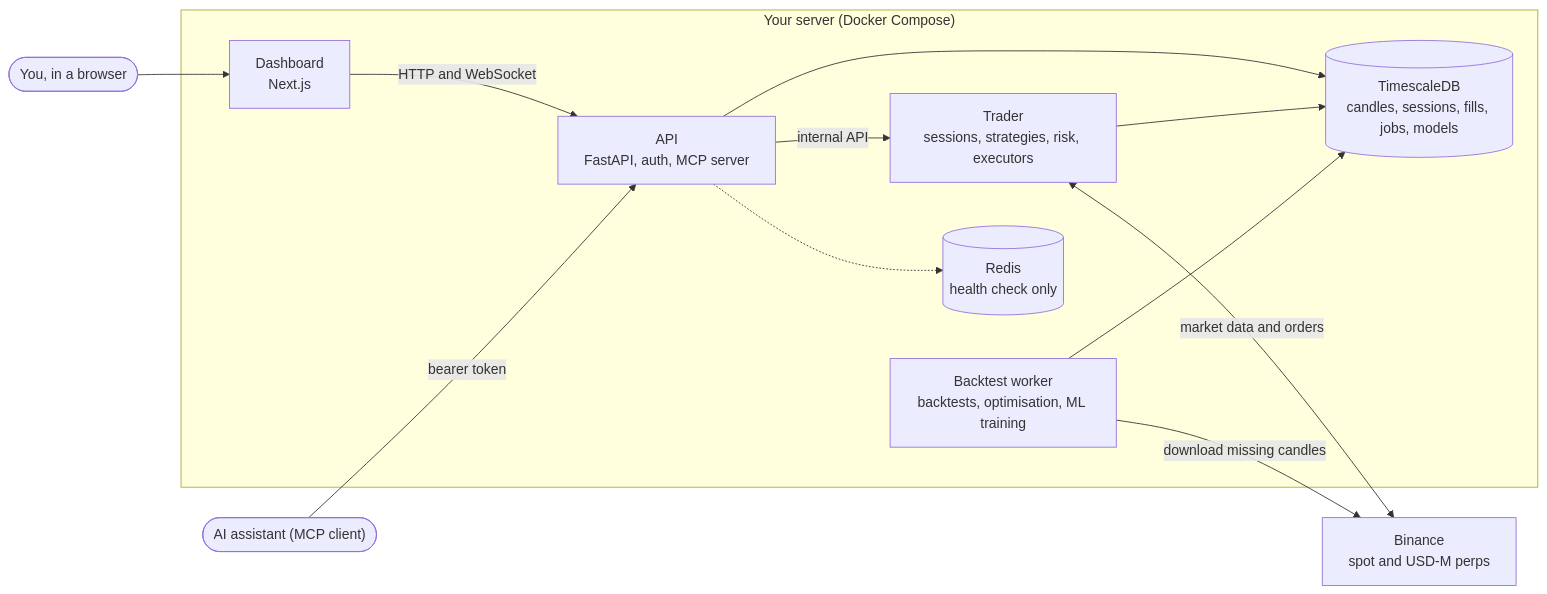
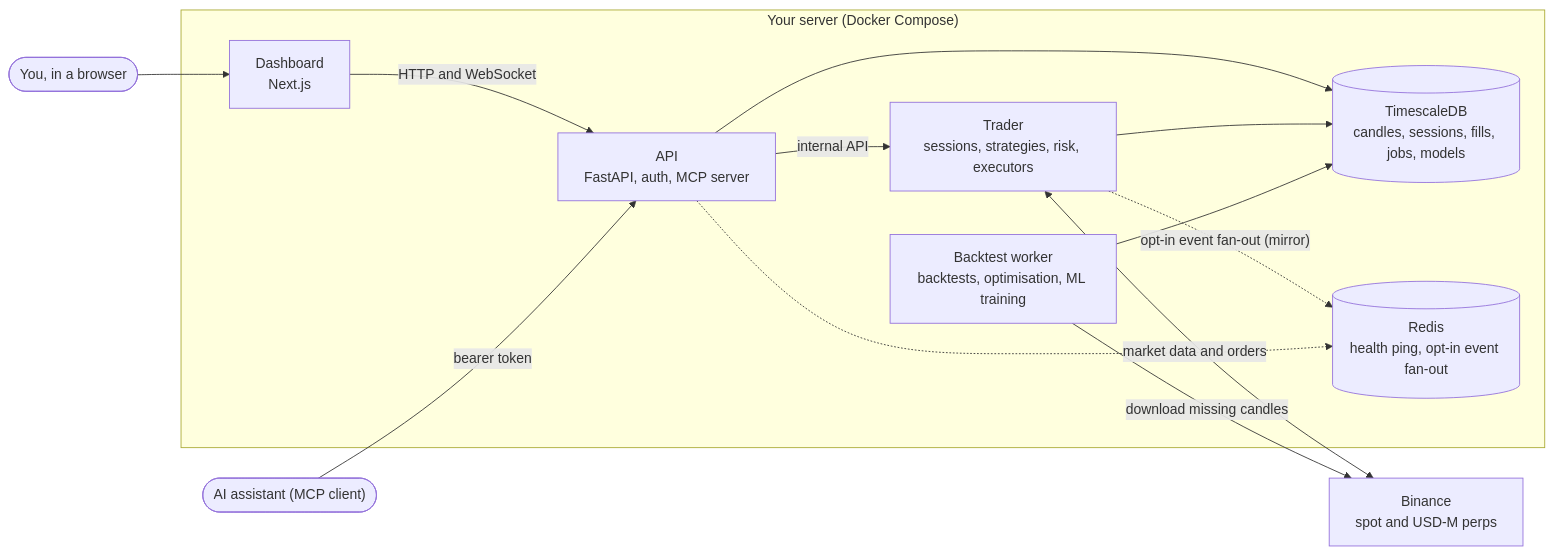
One commit to somatczk/hydra changed the first of 4 diagrams in README.md. Above: the diagram before and after it, drawn with Mermaid. The commit also changed other lines of this file and 22 other files, not shown here.

````diff
--- a/README.md
+++ b/README.md
@@ -75,26 +75,27 @@
 ```mermaid
 flowchart LR
     you(["You, in a browser"])
     ai(["AI assistant (MCP client)"])
     binance["Binance<br/>spot and USD-M perps"]
 
     subgraph stack["Your server (Docker Compose)"]
         dash["Dashboard<br/>Next.js"]
         api["API<br/>FastAPI, auth, MCP server"]
         trader["Trader<br/>sessions, strategies, risk, executors"]
         worker["Backtest worker<br/>backtests, optimisation, ML training"]
         db[("TimescaleDB<br/>candles, sessions, fills, jobs, models")]
-        redis[("Redis<br/>health check only")]
+        redis[("Redis<br/>health ping, opt-in event fan-out")]
     end
 
     you --> dash
     dash -->|"HTTP and WebSocket"| api
     ai -->|"bearer token"| api
     api -->|"internal API"| trader
     api --> db
     trader --> db
     worker --> db
     trader <-->|"market data and orders"| binance
     worker -->|"download missing candles"| binance
+    trader -.->|"opt-in event fan-out (mirror)"| redis
     api -.-> redis
 ```
````
